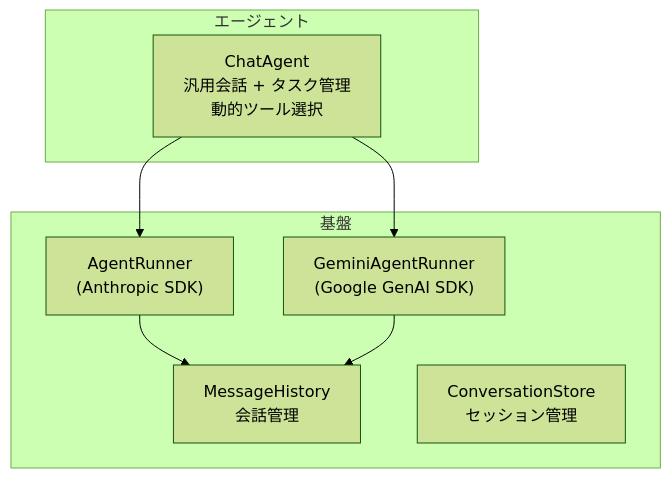
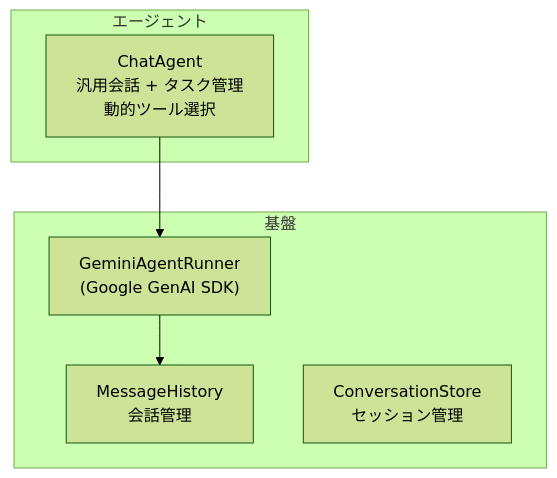
One commit to yu-min3/kensan changed the second of 13 diagrams in kensan-ai/ARCHITECTURE.md. Above: the diagram before and after it, drawn with Mermaid (forest theme). The commit also changed other lines of this file and 9 other files, not shown here.

````diff
--- a/kensan-ai/ARCHITECTURE.md
+++ b/kensan-ai/ARCHITECTURE.md
@@ -143,18 +143,15 @@
 ```mermaid
 graph TB
     subgraph "エージェント"
         Chat["ChatAgent<br/>汎用会話 + タスク管理<br/>動的ツール選択"]
     end
 
     subgraph "基盤"
-        BaseAnth["AgentRunner<br/>(Anthropic SDK)"]
         BaseGemini["GeminiAgentRunner<br/>(Google GenAI SDK)"]
         History["MessageHistory<br/>会話管理"]
         Store["ConversationStore<br/>セッション管理"]
     end
 
-    Chat --> BaseAnth
     Chat --> BaseGemini
-    BaseAnth --> History
     BaseGemini --> History
 ```
````
